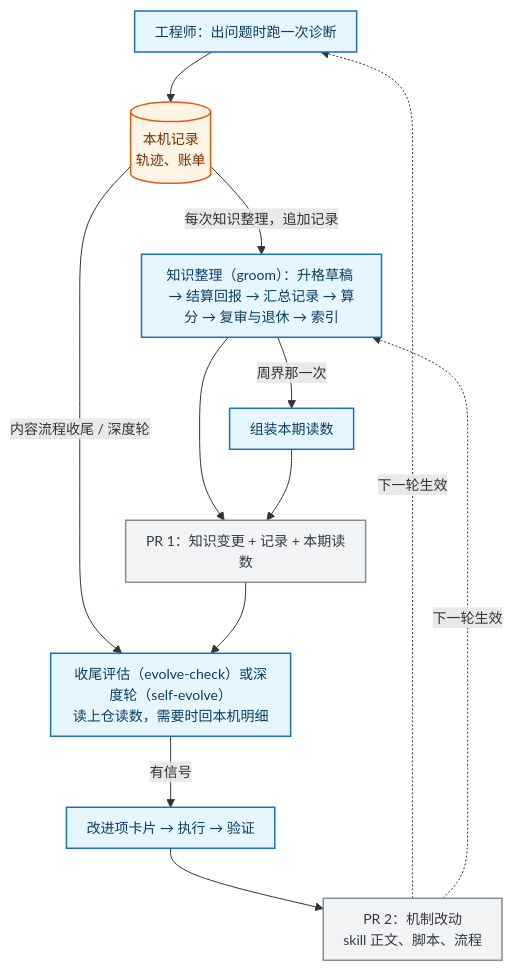
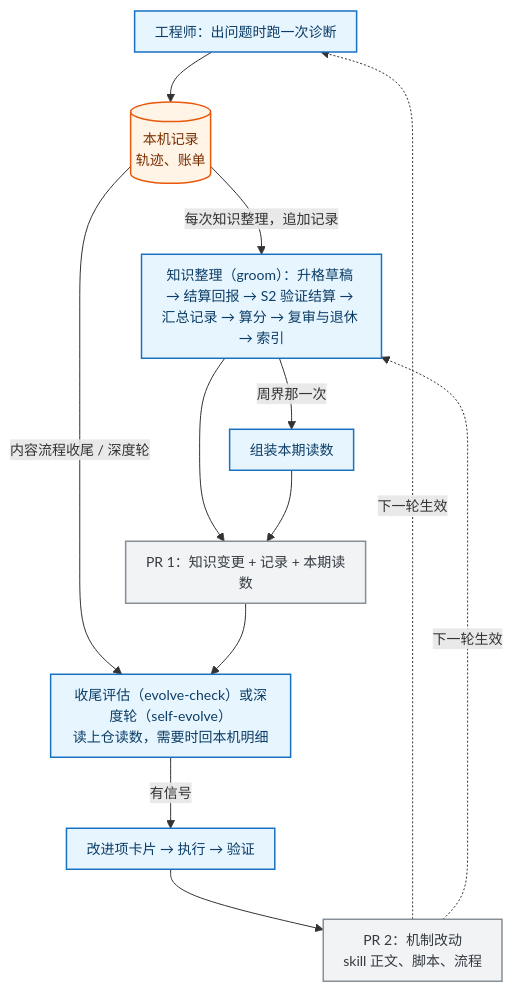
The second of 4 diagrams in docs/mechanism/diagnosis-observability.md (Bowen-Leee/ascend-sleuth), drawn with Mermaid before and after one commit. The commit also changed other lines of this file, not shown here.

Commit message:
docs(机制): 统一两个新脚本命名、图与记录行对齐、压缩触发节两段

````diff
--- a/docs/mechanism/diagnosis-observability.md
+++ b/docs/mechanism/diagnosis-observability.md
@@ -173,22 +173,22 @@
 ```mermaid
 %%{init: {'themeVariables':{'fontSize':'14px'},'flowchart':{'curve':'basis','nodeSpacing':40,'rankSpacing':50,'padding':10}}}%%
 flowchart TB
     D1["工程师：出问题时跑一次诊断"] --> L[("本机记录<br/>轨迹、账单")]
-    L -->|"每次知识整理，追加记录"| G1["知识整理（groom）：升格草稿 → 结算回报 → 汇总记录 → 算分 → 复审与退休 → 索引"]
+    L -->|"每次知识整理，追加记录"| G1["知识整理（groom）：升格草稿 → 结算回报 → S2 验证结算 → 汇总记录 → 算分 → 复审与退休 → 索引"]
     G1 -->|"周界那一次"| G2["组装本期读数"]
     G1 --> P1["PR 1：知识变更 + 记录 + 本期读数"]
     G2 --> P1
     L -->|"内容流程收尾 / 深度轮"| V1["收尾评估（evolve-check）或深度轮（self-evolve）<br/>读上仓读数，需要时回本机明细"]
     P1 --> V1
     V1 -->|"有信号"| V2["改进项卡片 → 执行 → 验证"]
     V2 --> P2["PR 2：机制改动<br/>skill 正文、脚本、流程"]
     P2 -.->|"下一轮生效"| D1
     P2 -.->|"下一轮生效"| G1
 
     classDef human fill:#e7f5ff,stroke:#1971c2,stroke-width:1.5px,color:#0b3d66
     classDef store fill:#fff4e6,stroke:#e8590c,stroke-width:1.5px,color:#7a2e00
     classDef pr fill:#f1f3f5,stroke:#868e96,stroke-width:1.5px,color:#343a40
     class D1,G1,G2,V1,V2 human
     class L store
     class P1,P2 pr
 ```
````
